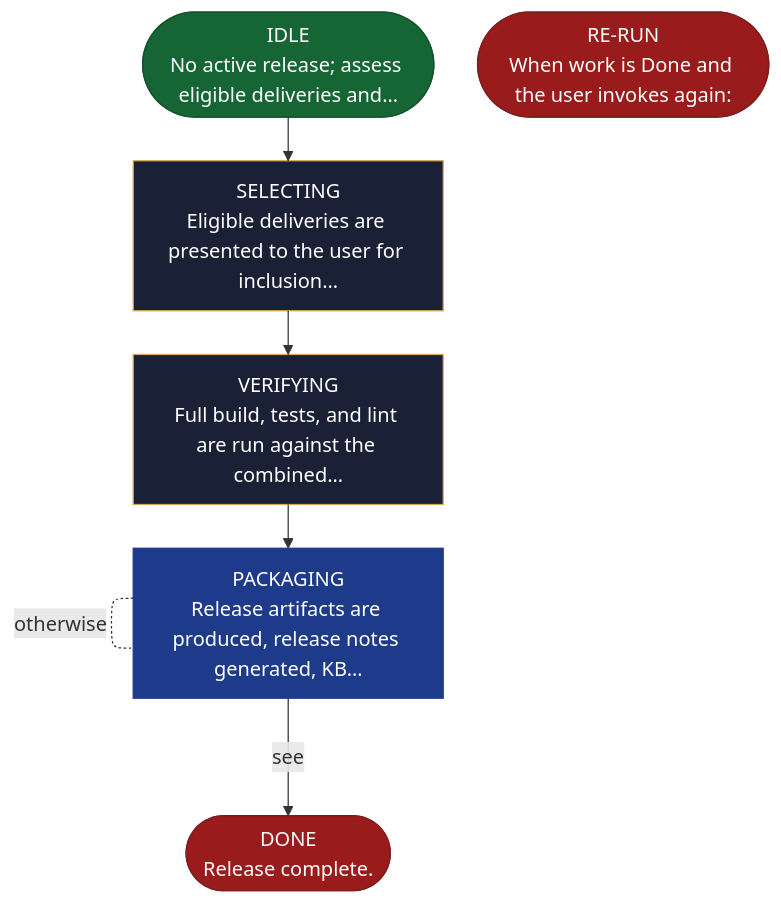
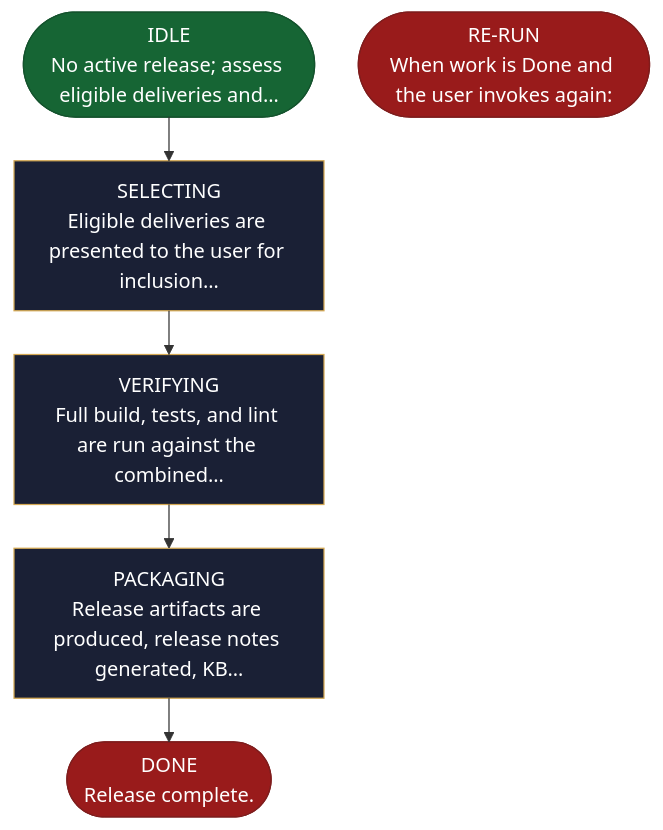
One commit to AndreVianna/aid-methodology changed the diagram in site/src/content/docs/skills/aid-deploy.md. Above: the diagram before and after it, drawn with Mermaid. The commit also changed 9 other files, not shown here.

````diff
--- a/site/src/content/docs/skills/aid-deploy.md
+++ b/site/src/content/docs/skills/aid-deploy.md
@@ -19,41 +19,40 @@
 ```mermaid
 ---
 config:
   layout: elk
   flowchart:
     nodeSpacing: 55
     rankSpacing: 65
     padding: 12
     useMaxWidth: true
 ---
 flowchart TB
   classDef aidNode color:#fff
   classDef aidEntry fill:#166534,stroke:#14532d,color:#fff
   classDef aidExit fill:#991b1b,stroke:#7f1d1d,color:#fff
   classDef aidDecision fill:#92400e,stroke:#78350f,color:#fff
   classDef aidLoopBack fill:#1e3a8a,stroke:#1e3a8a,color:#fff
   classDef aidStep fill:#1a2035,stroke:#d4a853,color:#f1f5f9
   n1(["IDLE<br/>No active release; assess eligible deliveries and…"])
   n2["SELECTING<br/>Eligible deliveries are presented to the user for inclusion…"]
   n3["VERIFYING<br/>Full build, tests, and lint are run against the combined…"]
   n4["PACKAGING<br/>Release artifacts are produced, release notes generated, KB…"]
   n5(["DONE<br/>Release complete."])
   n6(["RE-RUN<br/>When work is Done and the user invokes again:"])
   n1 --> n2
   n2 --> n3
   n3 --> n4
-  n4 -. "otherwise" .- n4
-  n4 -->|"see"| n5
+  n4 --> n5
   class n1 aidEntry
   class n2 aidStep
   class n3 aidStep
-  class n4 aidLoopBack
+  class n4 aidStep
   class n5 aidExit
   class n6 aidExit
   class n1 aidNode
   class n2 aidNode
   class n3 aidNode
   class n4 aidNode
   class n5 aidNode
   class n6 aidNode
 ```
````
